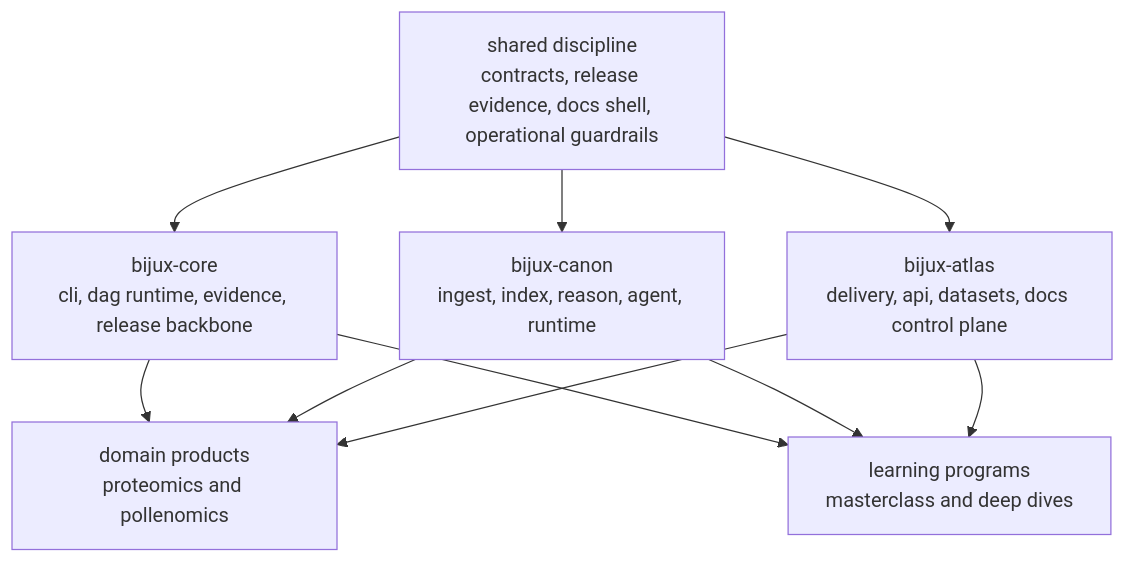
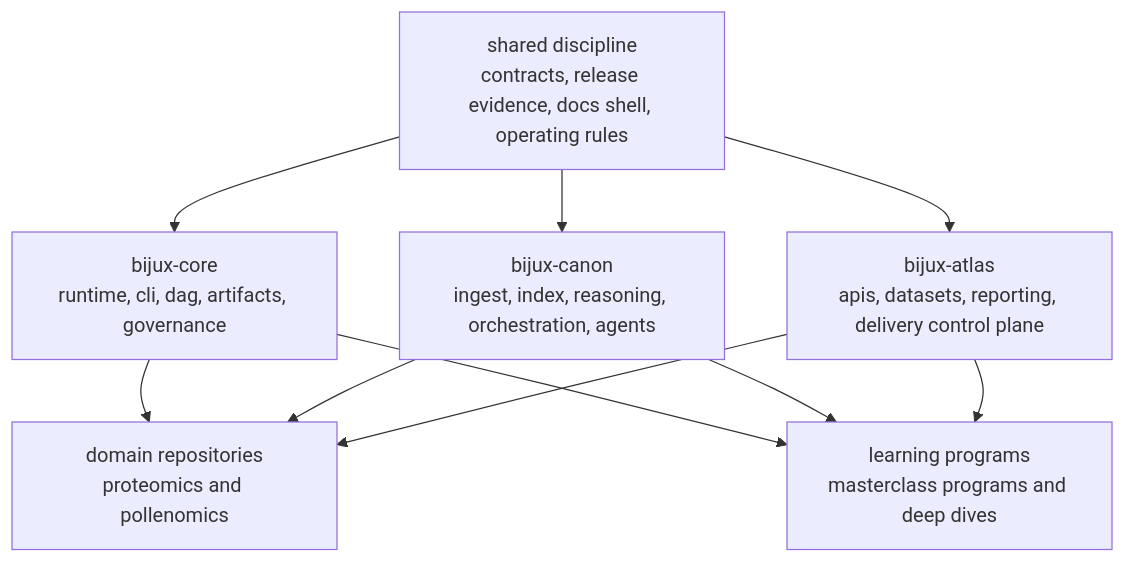
One commit to bijux/bijux.github.io changed the diagram in docs/platform/system-map.md. Above: the diagram before and after it, drawn with Mermaid. The commit also changed other lines of this file, not shown here.

Commit message:
fix(platform): clarify the layered system map

````diff
--- a/docs/platform/system-map.md
+++ b/docs/platform/system-map.md
@@ -19,19 +19,19 @@
 ```mermaid
 flowchart TB
-    discipline["shared discipline<br/>contracts, release evidence, docs shell, operational guardrails"]
-    core["bijux-core<br/>cli, dag runtime, evidence, release backbone"]
-    canon["bijux-canon<br/>ingest, index, reason, agent, runtime"]
-    atlas["bijux-atlas<br/>delivery, api, datasets, docs control plane"]
-    products["domain products<br/>proteomics and pollenomics"]
-    learning["learning programs<br/>masterclass and deep dives"]
+    discipline["shared discipline<br/>contracts, release evidence, docs shell, operating rules"]
+    core["bijux-core<br/>runtime, cli, dag, artifacts, governance"]
+    canon["bijux-canon<br/>ingest, index, reasoning, orchestration, agents"]
+    atlas["bijux-atlas<br/>apis, datasets, reporting, delivery control plane"]
+    products["domain repositories<br/>proteomics and pollenomics"]
+    learning["learning programs<br/>masterclass programs and deep dives"]
 
     discipline --> core
     discipline --> canon
     discipline --> atlas
     core --> products
     canon --> products
     atlas --> products
     core --> learning
     canon --> learning
     atlas --> learning
 ```
````
